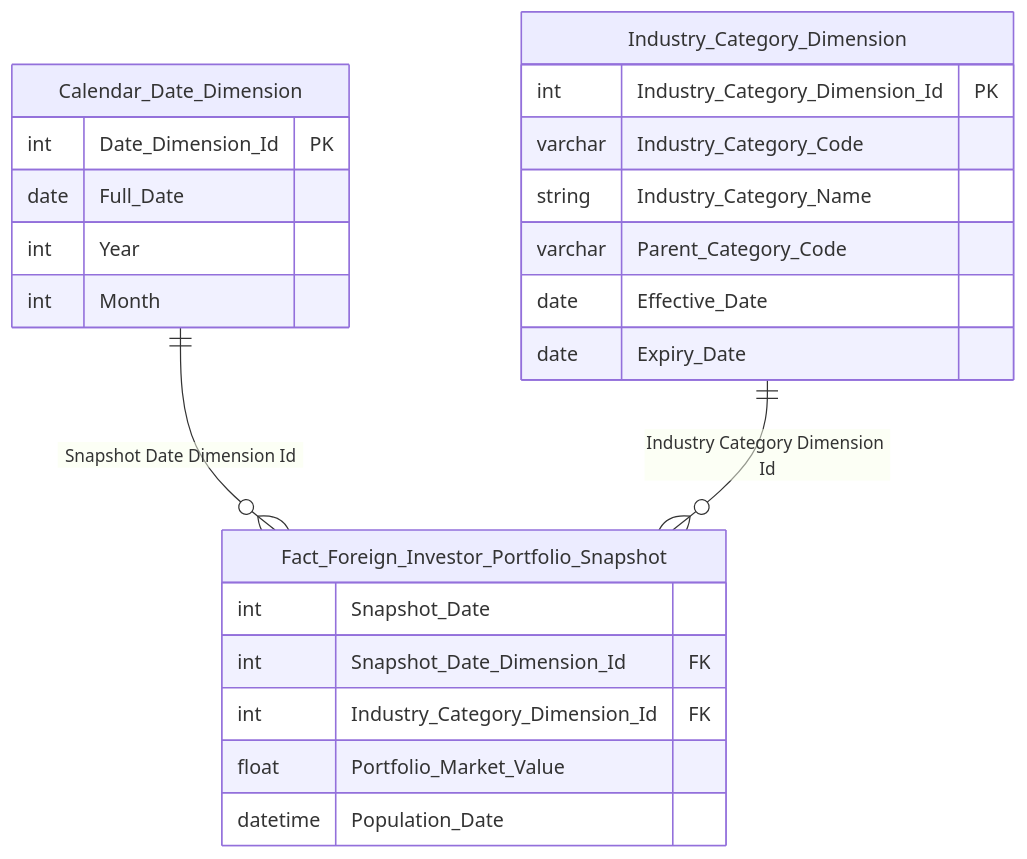
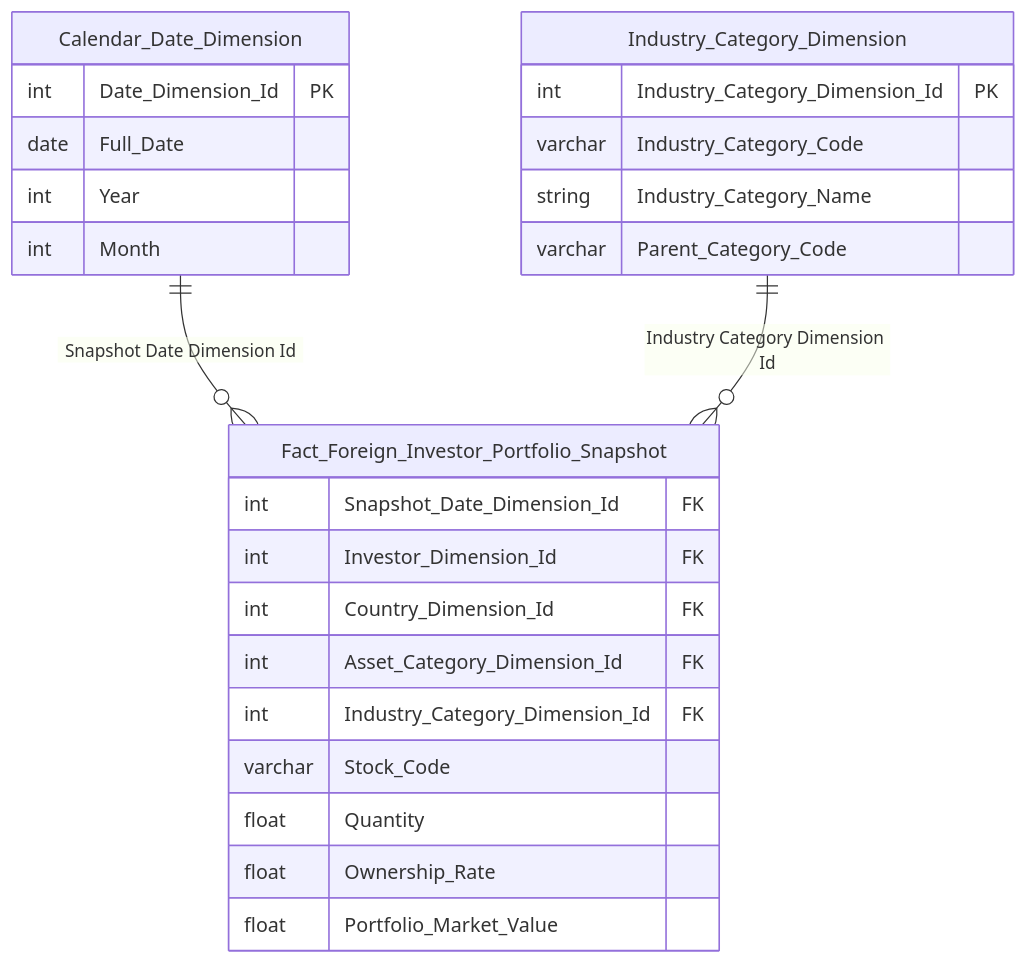
One commit to linhlvit/ubck_atomic_design changed diagram 20 of 34 in Datamart/hld/DTM_NDTNN_HLD.md. Above: the diagram before and after it, drawn with Mermaid. The commit also changed other lines of this file and 10 other files, not shown here.

````diff
--- a/Datamart/hld/DTM_NDTNN_HLD.md
+++ b/Datamart/hld/DTM_NDTNN_HLD.md
@@ -891,27 +875,29 @@
 ```mermaid
 erDiagram
     Calendar_Date_Dimension {
         int Date_Dimension_Id PK
         date Full_Date
         int Year
         int Month
     }
     Industry_Category_Dimension {
         int Industry_Category_Dimension_Id PK
         varchar Industry_Category_Code
         string Industry_Category_Name
         varchar Parent_Category_Code
-        date Effective_Date
-        date Expiry_Date
     }
     Fact_Foreign_Investor_Portfolio_Snapshot {
-        int Snapshot_Date
         int Snapshot_Date_Dimension_Id FK
+        int Investor_Dimension_Id FK
+        int Country_Dimension_Id FK
+        int Asset_Category_Dimension_Id FK
         int Industry_Category_Dimension_Id FK
+        varchar Stock_Code
+        float Quantity
+        float Ownership_Rate
         float Portfolio_Market_Value
-        datetime Population_Date
     }
 
     Calendar_Date_Dimension ||--o{ Fact_Foreign_Investor_Portfolio_Snapshot : "Snapshot Date Dimension Id"
     Industry_Category_Dimension ||--o{ Fact_Foreign_Investor_Portfolio_Snapshot : "Industry Category Dimension Id"
 ```
````
